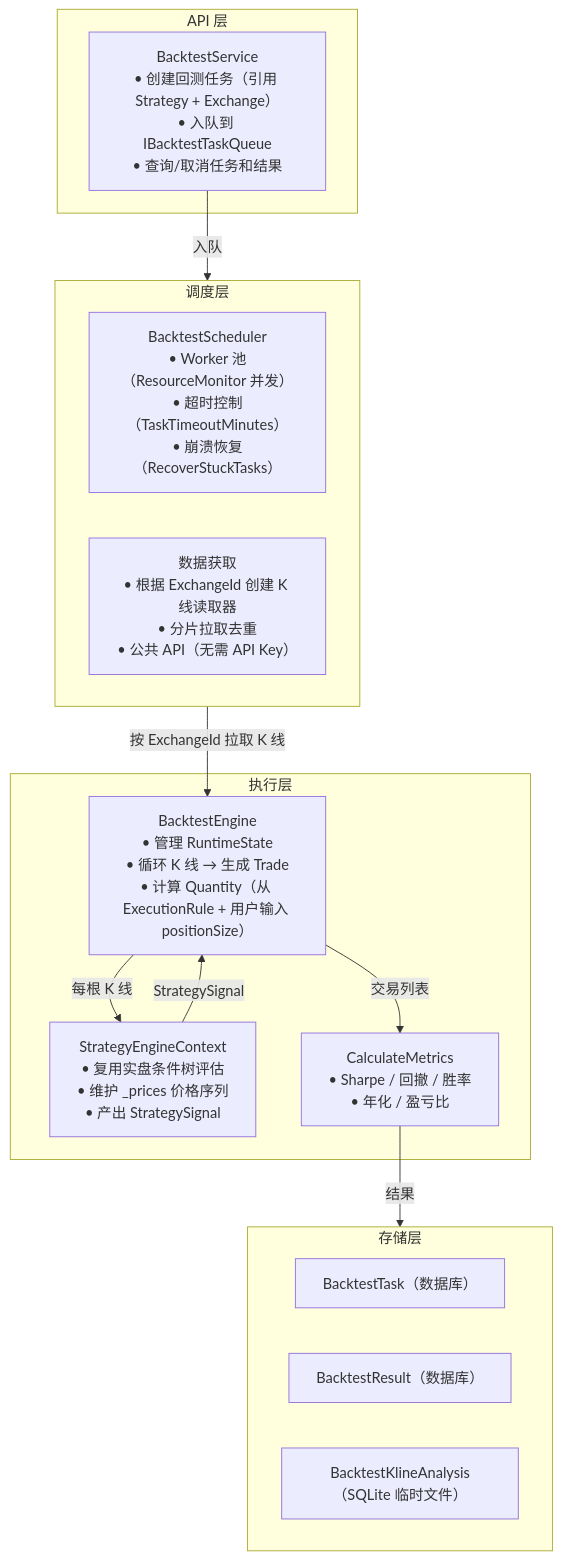
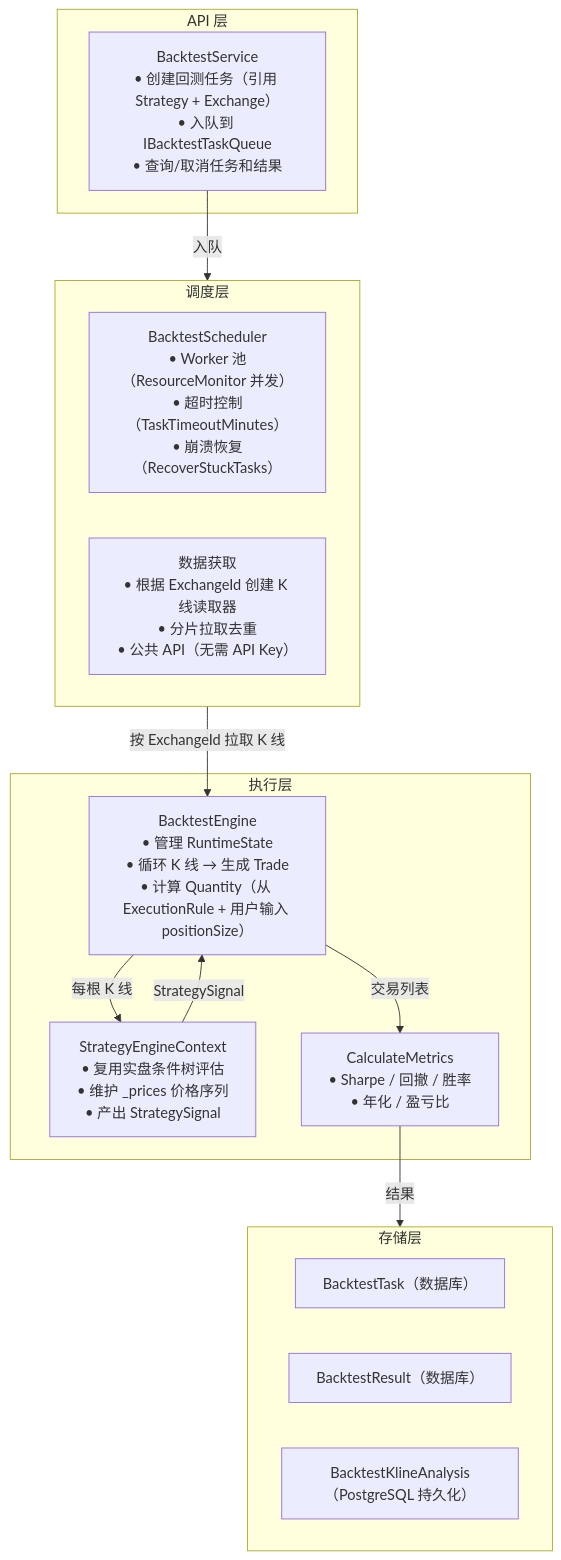
One commit to bambuo/TradeX changed the first of 16 diagrams in docs/回测引擎工作流程.md. Above: the diagram before and after it, drawn with Mermaid. The commit also changed other lines of this file, not shown here.

First line of the commit message:
refactor(backtest): 切换回测分析数据存储至PostgreSQL

````diff
--- a/docs/回测引擎工作流程.md
+++ b/docs/回测引擎工作流程.md
@@ -13,30 +13,30 @@
 ```mermaid
 flowchart TD
     subgraph API["API 层"]
         API1["BacktestService<br/>• 创建回测任务（引用 Strategy + Exchange）<br/>• 入队到 IBacktestTaskQueue<br/>• 查询/取消任务和结果"]
     end
 
     subgraph Scheduler["调度层"]
         SCH1["BacktestScheduler<br/>• Worker 池（ResourceMonitor 并发）<br/>• 超时控制（TaskTimeoutMinutes）<br/>• 崩溃恢复（RecoverStuckTasks）"]
         SCH2["数据获取<br/>• 根据 ExchangeId 创建 K 线读取器<br/>• 分片拉取去重<br/>• 公共 API（无需 API Key）"]
     end
 
     subgraph Engine["执行层"]
         ENG1["BacktestEngine<br/>• 管理 RuntimeState<br/>• 循环 K 线 → 生成 Trade<br/>• 计算 Quantity（从 ExecutionRule + 用户输入 positionSize）"]
         ENG2["StrategyEngineContext<br/>• 复用实盘条件树评估<br/>• 维护 _prices 价格序列<br/>• 产出 StrategySignal"]
         ENG3["CalculateMetrics<br/>• Sharpe / 回撤 / 胜率<br/>• 年化 / 盈亏比"]
     end
 
     subgraph Store["存储层"]
         ST1["BacktestTask（数据库）"]
         ST2["BacktestResult（数据库）"]
-        ST3["BacktestKlineAnalysis（SQLite 临时文件）"]
+        ST3["BacktestKlineAnalysis（PostgreSQL 持久化）"]
     end
 
     API1 -->|入队| Scheduler
     Scheduler -->|按 ExchangeId 拉取 K 线| ENG1
     ENG1 -->|每根 K 线| ENG2
     ENG2 -->|StrategySignal| ENG1
     ENG1 -->|交易列表| ENG3
     ENG3 -->|结果| Store
 ```
````
